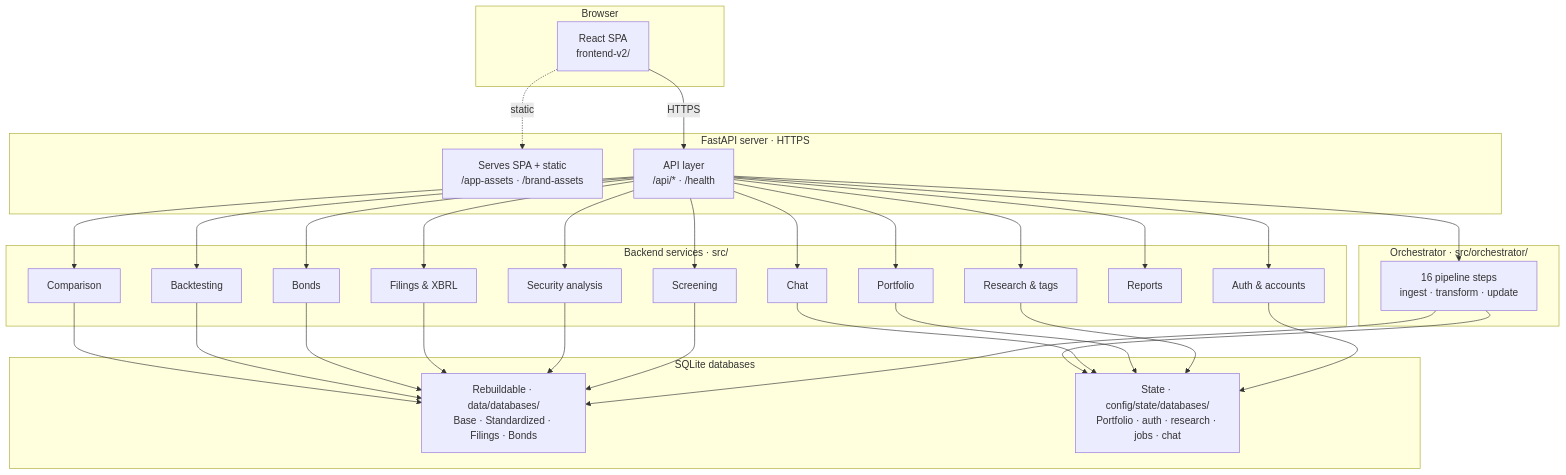
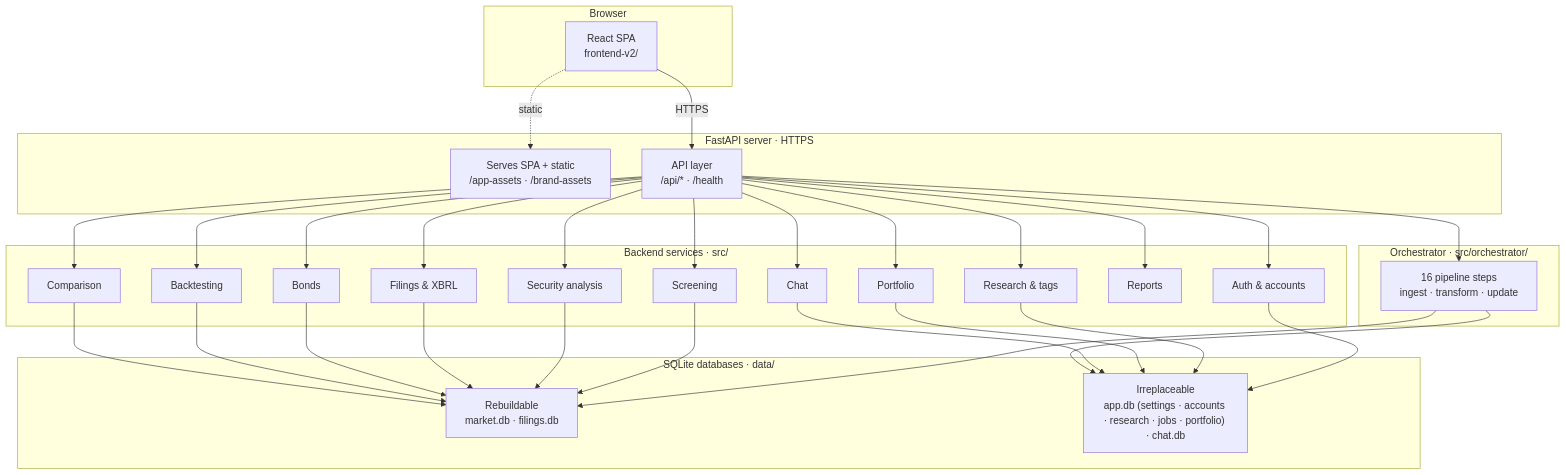
One commit to TiagoDeMatosDias/EDINET changed the diagram in Readme.md. Above: the diagram before and after it, drawn with Mermaid. The commit also changed other lines of this file and 8 other files, not shown here.

First line of the commit message:
docs: one data folder, settings in app.db, and an exe-only release

````diff
--- a/Readme.md
+++ b/Readme.md
@@ -11,61 +11,61 @@
 ```mermaid
 flowchart TB
     subgraph Browser["Browser"]
         SPA["React SPA<br/>frontend-v2/"]
     end
 
     subgraph Server["FastAPI server · HTTPS"]
         SERVE["Serves SPA + static<br/>/app-assets · /brand-assets"]
         API["API layer<br/>/api/* · /health"]
     end
 
     subgraph Services["Backend services · src/"]
         AUTH["Auth & accounts"]
         SCREEN["Screening"]
         SEC["Security analysis"]
         FIL["Filings & XBRL"]
         COMP["Comparison"]
         PORT["Portfolio"]
         RES["Research & tags"]
         BONDS["Bonds"]
         BT["Backtesting"]
         REP["Reports"]
         CHAT["Chat"]
     end
 
     subgraph Pipeline["Orchestrator · src/orchestrator/"]
         ORCH["16 pipeline steps<br/>ingest · transform · update"]
     end
 
-    subgraph Data["SQLite databases"]
-        REBUILD["Rebuildable · data/databases/<br/>Base · Standardized · Filings · Bonds"]
-        STATE["State · config/state/databases/<br/>Portfolio · auth · research · jobs · chat"]
+    subgraph Data["SQLite databases · data/"]
+        REBUILD["Rebuildable<br/>market.db · filings.db"]
+        STATE["Irreplaceable<br/>app.db (settings · accounts · research · jobs · portfolio) · chat.db"]
     end
 
     SPA -->|"HTTPS"| API
     SPA -.->|"static"| SERVE
     API --> AUTH
     API --> SCREEN
     API --> SEC
     API --> FIL
     API --> COMP
     API --> PORT
     API --> RES
     API --> BONDS
     API --> BT
     API --> REP
     API --> CHAT
     API --> ORCH
     ORCH --> REBUILD
     SCREEN --> REBUILD
     SEC --> REBUILD
     FIL --> REBUILD
     BONDS --> REBUILD
     BT --> REBUILD
     COMP --> REBUILD
     AUTH --> STATE
     RES --> STATE
     PORT --> STATE
     CHAT --> STATE
     ORCH --> STATE
 ```
````
